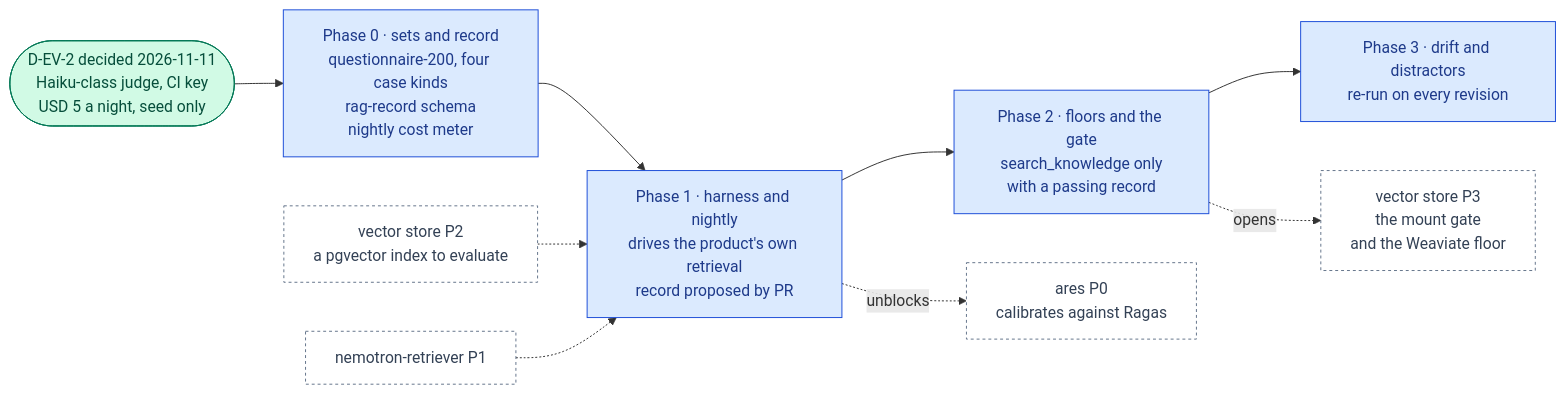
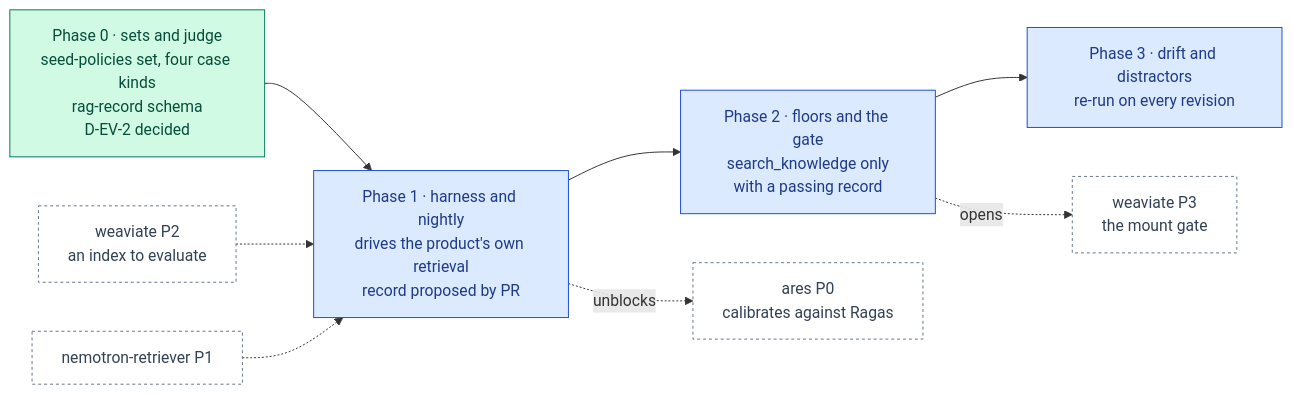
Before and after one commit to RodnaPamet/inflect-compliance: the diagram in docs/ai-architecture/ragas.md, drawn with Mermaid. The commit also changed other lines of this file and 6 other files, not shown here.

First line of the commit message:
feat(ai-evals): the RAG evaluation set and record format (Ragas Phase 0)

````diff
--- a/docs/ai-architecture/ragas.md
+++ b/docs/ai-architecture/ragas.md
@@ -31,24 +29,23 @@
 ```mermaid
 flowchart LR
-  DEV2(["D-EV-2 decided 2026-11-11<br/>Haiku-class judge, CI key<br/>USD 5 a night, seed only"]):::done
-  P0["Phase 0 · sets and record<br/>questionnaire-200, four case kinds<br/>rag-record schema<br/>nightly cost meter"]:::todo
+  P0["Phase 0 · sets and judge<br/>seed-policies set, four case kinds<br/>rag-record schema<br/>D-EV-2 decided"]:::done
   P1["Phase 1 · harness and nightly<br/>drives the product's own retrieval<br/>record proposed by PR"]:::todo
   P2["Phase 2 · floors and the gate<br/>search_knowledge only<br/>with a passing record"]:::todo
   P3["Phase 3 · drift and distractors<br/>re-run on every revision"]:::todo
-  WV["vector store P2<br/>a pgvector index to evaluate"]:::ext
+  WV["weaviate P2<br/>an index to evaluate"]:::ext
   RT["nemotron-retriever P1"]:::ext
-  WV3["vector store P3<br/>the mount gate<br/>and the Weaviate floor"]:::ext
+  WV3["weaviate P3<br/>the mount gate"]:::ext
   AR["ares P0<br/>calibrates against Ragas"]:::ext
-  DEV2 --> P0 --> P1 --> P2 --> P3
+  P0 --> P1 --> P2 --> P3
   WV -.-> P1
   RT -.-> P1
   P2 -.->|opens| WV3
   P1 -.->|unblocks| AR
 
   classDef done fill:#d1fae5,stroke:#047857,color:#064e3b
   classDef todo fill:#dbeafe,stroke:#1d4ed8,color:#1e3a8a
   classDef gate fill:#ede9fe,stroke:#6d28d9,color:#3b0764
   classDef ext fill:#ffffff,stroke:#64748b,color:#334155,stroke-dasharray:3 3
   classDef eval fill:#fce7f3,stroke:#be185d,color:#831843
   classDef declined fill:#f3f4f6,stroke:#6b7280,color:#374151,stroke-dasharray:4 3
 ```
````
